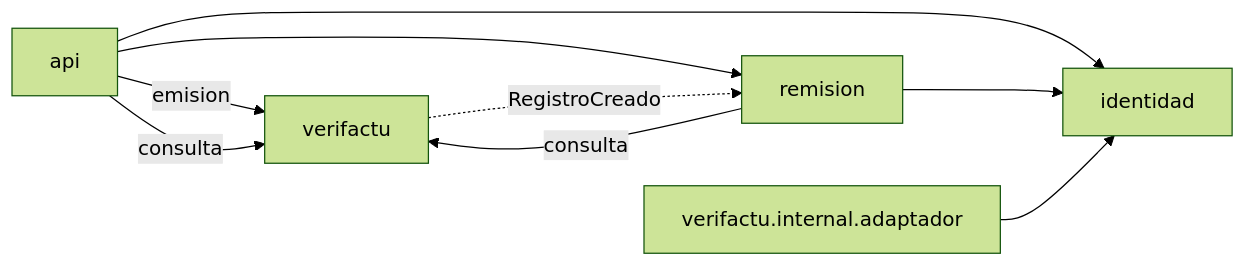
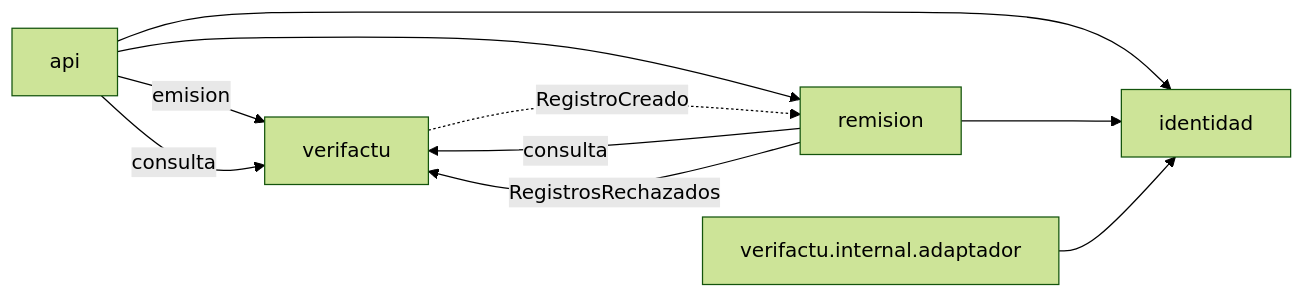
Before and after one commit to manuel-umu/lacre: the first of 2 diagrams in docs/documentacion.md, drawn with Mermaid (forest theme). The commit also changed other lines of this file and 13 other files, not shown here.

````diff
--- a/docs/documentacion.md
+++ b/docs/documentacion.md
@@ -17,11 +17,12 @@
 ```mermaid
 flowchart LR
     API["api"] -->|"emision"| VF["verifactu"]
     API -->|"consulta"| VF
     API --> ID["identidad"]
     API --> REM["remision"]
     VF -. "RegistroCreado" .-> REM
     REM -->|"consulta"| VF
+    REM -->|"RegistrosRechazados"| VF
     REM --> ID
     VFA["verifactu.internal.adaptador"] --> ID
 ```
````
